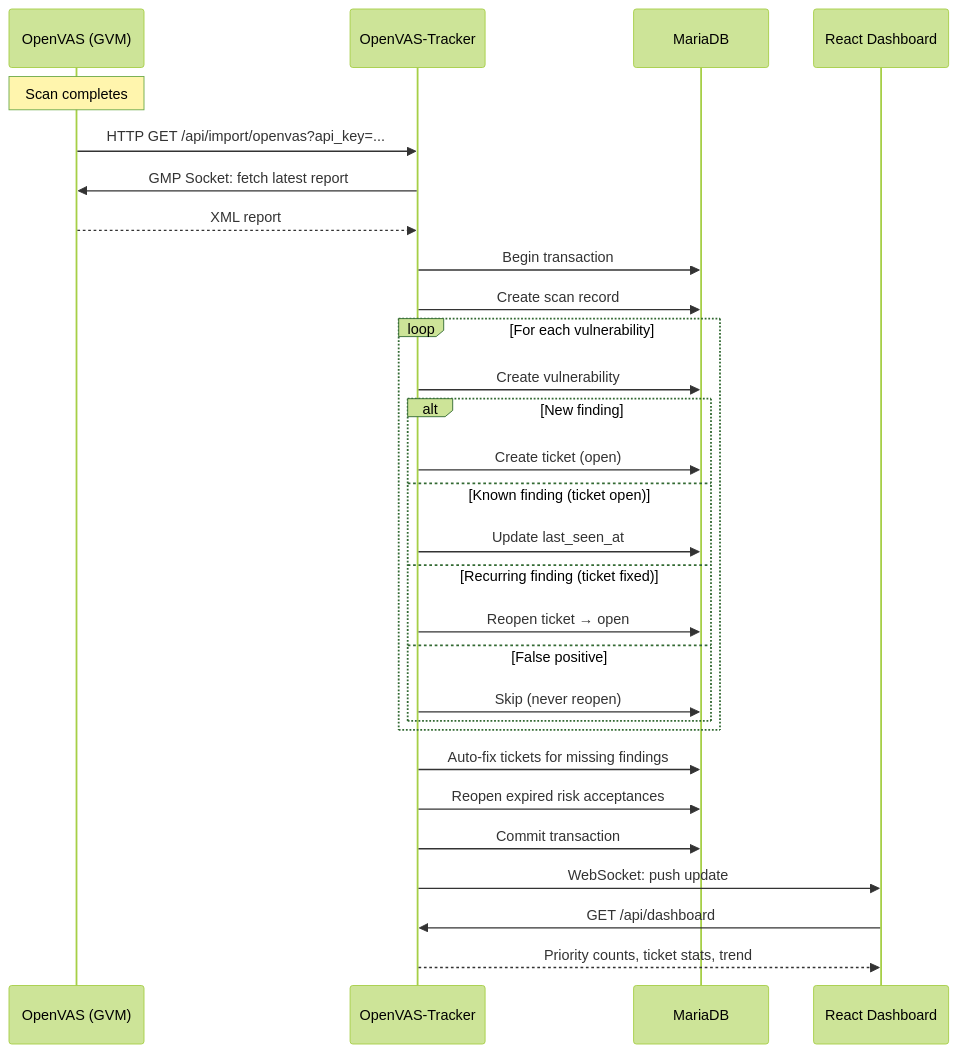
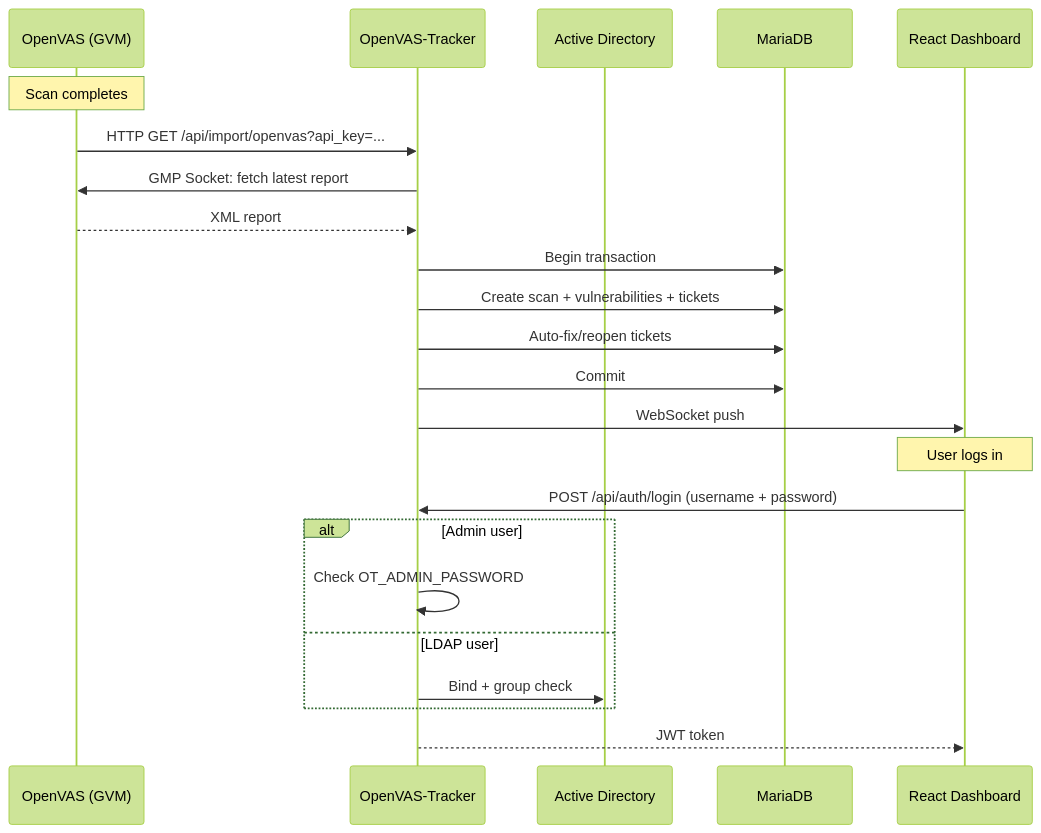
One commit to trcyberoptic/openvas-tracker changed the diagram in README.md. Above: the diagram before and after it, drawn with Mermaid (forest theme). The commit also changed other lines of this file and 3 other files, not shown here.

````diff
--- a/README.md
+++ b/README.md
@@ -20,32 +28,27 @@
 ```mermaid
 sequenceDiagram
     participant OV as OpenVAS (GVM)
     participant TR as OpenVAS-Tracker
+    participant AD as Active Directory
     participant DB as MariaDB
     participant UI as React Dashboard
 
     Note over OV: Scan completes
     OV->>TR: HTTP GET /api/import/openvas?api_key=...
     TR->>OV: GMP Socket: fetch latest report
     OV-->>TR: XML report
     TR->>DB: Begin transaction
-    TR->>DB: Create scan record
-    loop For each vulnerability
-        TR->>DB: Create vulnerability
-        alt New finding
-            TR->>DB: Create ticket (open)
-        else Known finding (ticket open)
-            TR->>DB: Update last_seen_at
-        else Recurring finding (ticket fixed)
-            TR->>DB: Reopen ticket → open
-        else False positive
-            TR->>DB: Skip (never reopen)
-        end
+    TR->>DB: Create scan + vulnerabilities + tickets
+    TR->>DB: Auto-fix/reopen tickets
+    TR->>DB: Commit
+    TR->>UI: WebSocket push
+
+    Note over UI: User logs in
+    UI->>TR: POST /api/auth/login (username + password)
+    alt Admin user
+        TR->>TR: Check OT_ADMIN_PASSWORD
+    else LDAP user
+        TR->>AD: Bind + group check
     end
-    TR->>DB: Auto-fix tickets for missing findings
-    TR->>DB: Reopen expired risk acceptances
-    TR->>DB: Commit transaction
-    TR->>UI: WebSocket: push update
-    UI->>TR: GET /api/dashboard
-    TR-->>UI: Priority counts, ticket stats, trend
+    TR-->>UI: JWT token
 ```
````
